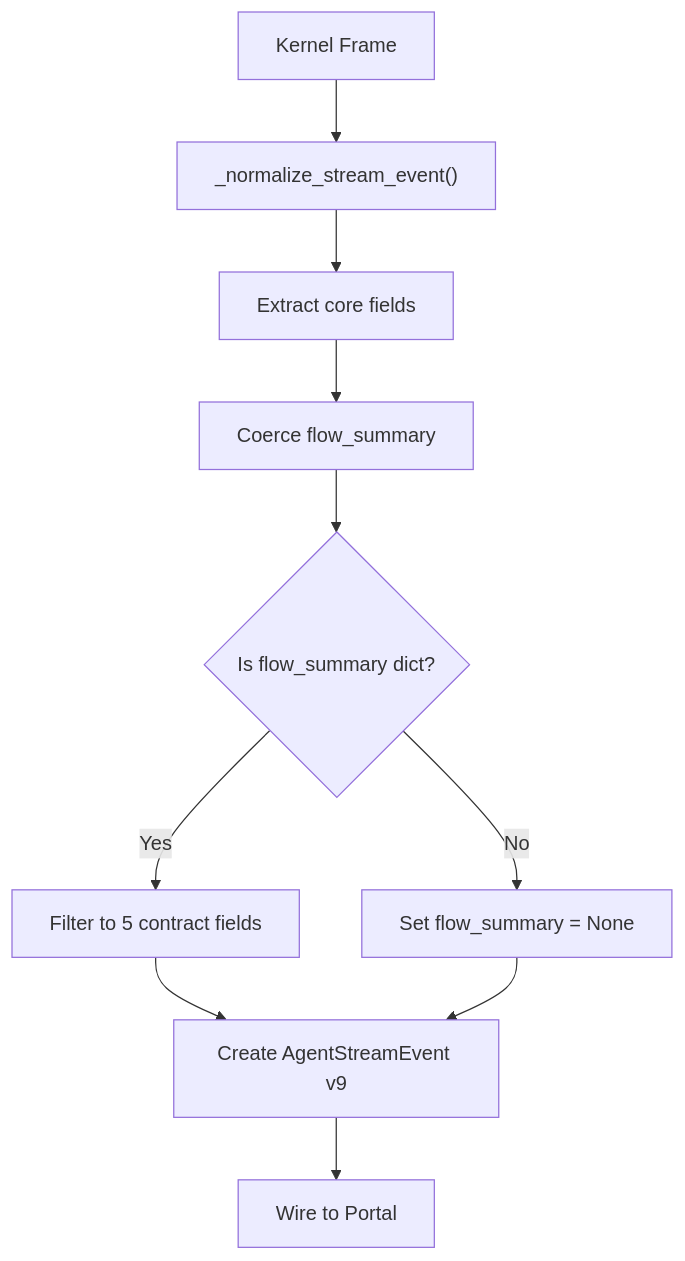
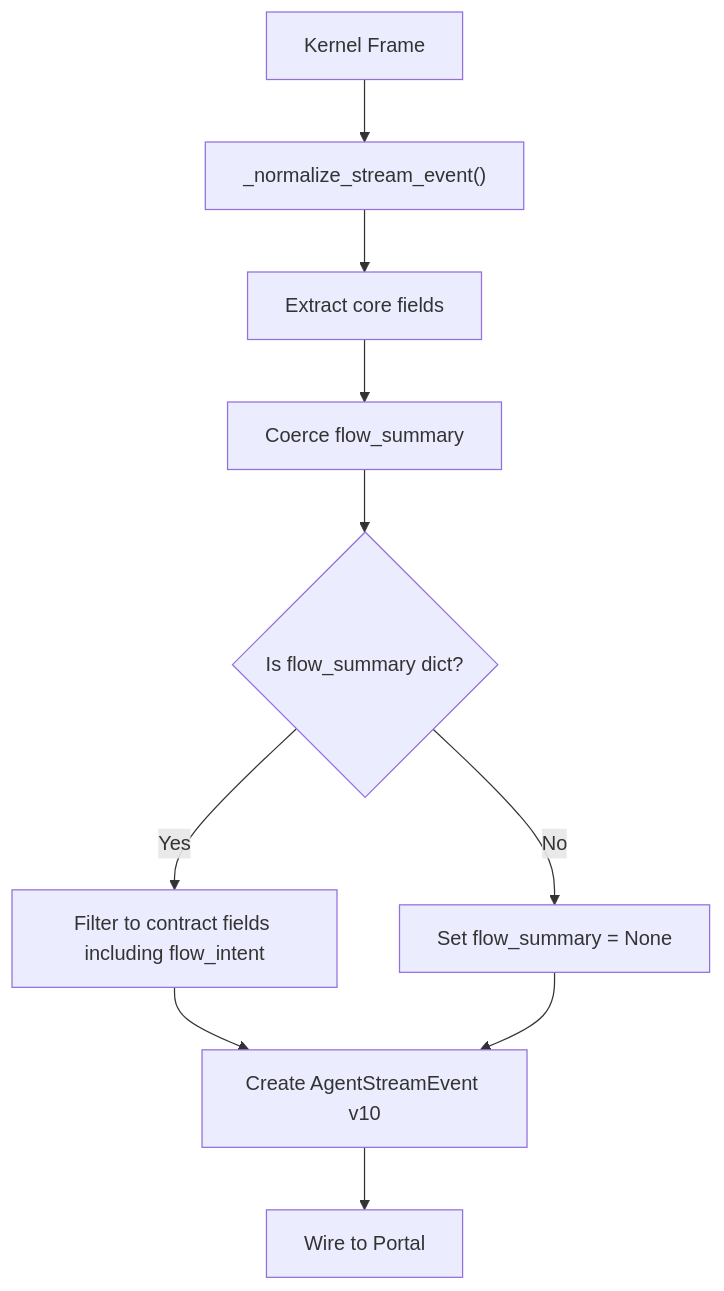
Before and after one commit to metasync/luban-aiops: the seventh of 14 diagrams in .qoder/repowiki/en/content/Agent Platform Service/HITL Confirmation Bridging (SPEC-020).md, drawn with Mermaid. The commit also changed other lines of this file and 7 other files, not shown here.

````diff
--- a/.qoder/repowiki/en/content/Agent Platform Service/HITL Confirmation Bridging (SPEC-020).md
+++ b/.qoder/repowiki/en/content/Agent Platform Service/HITL Confirmation Bridging (SPEC-020).md
@@ -414,12 +477,12 @@
 ```mermaid
 flowchart TD
 RawFrame["Kernel Frame"] --> Normalize["_normalize_stream_event()"]
 Normalize --> ExtractFields["Extract core fields"]
 ExtractFields --> CoerceFlow["Coerce flow_summary"]
 CoerceFlow --> Validate{"Is flow_summary dict?"}
 Validate -- No --> SetNone["Set flow_summary = None"]
-Validate -- Yes --> FilterFields["Filter to 5 contract fields"]
-FilterFields --> SchemaConform["Create AgentStreamEvent v9"]
+Validate -- Yes --> FilterFields["Filter to contract fields including flow_intent"]
+FilterFields --> SchemaConform["Create AgentStreamEvent v10"]
 SetNone --> SchemaConform
 SchemaConform --> Wire["Wire to Portal"]
 ```
````
